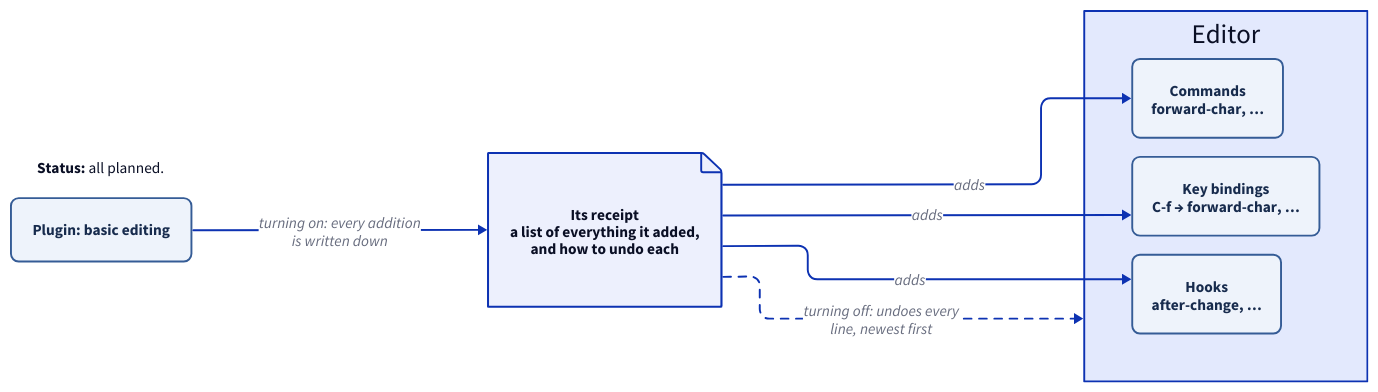
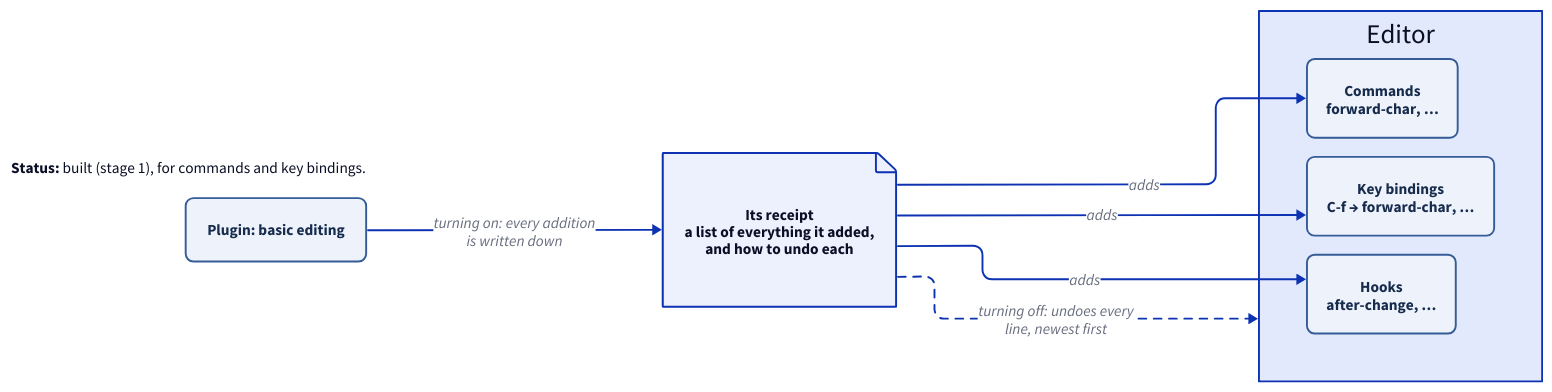
The diagram in docs/diagrams/plugins.d2 (jaybonthius/tuna), drawn with D2 before and after one commit. The commit also changed 6 other files, not shown here.

```diff
--- a/docs/diagrams/plugins.d2
+++ b/docs/diagrams/plugins.d2
@@ -1,40 +1,40 @@
 # How does a plugin add things, and how does turning it off remove them?
 vars: {
   d2-config: {
     layout-engine: elk
     theme-id: 0
   }
 }
 direction: right
 
 classes: {
   part: {
     style: {
       fill: "#eef3fb"
       stroke: "#355c96"
       font-color: "#172b4d"
       border-radius: 8
     }
   }
 }
 
 legend: |md
-  **Status:** all planned.
+  **Status:** built (stage 1), for commands and key bindings.
 |
 
 plugin: Plugin: basic editing {class: part}
 receipt: Its receipt\na list of everything it added,\nand how to undo each {shape: page}
 
 editor: Editor {
   commands: Commands\nforward-char, … {class: part}
   keys: Key bindings\nC-f → forward-char, … {class: part}
   hooks: Hooks\nafter-change, … {class: part}
 }
 
 plugin -> receipt: turning on: every addition\nis written down
 receipt -> editor.commands: adds
 receipt -> editor.keys: adds
 receipt -> editor.hooks: adds
 receipt -> editor: turning off: undoes every\nline, newest first {
   style.stroke-dash: 4
 }
```
